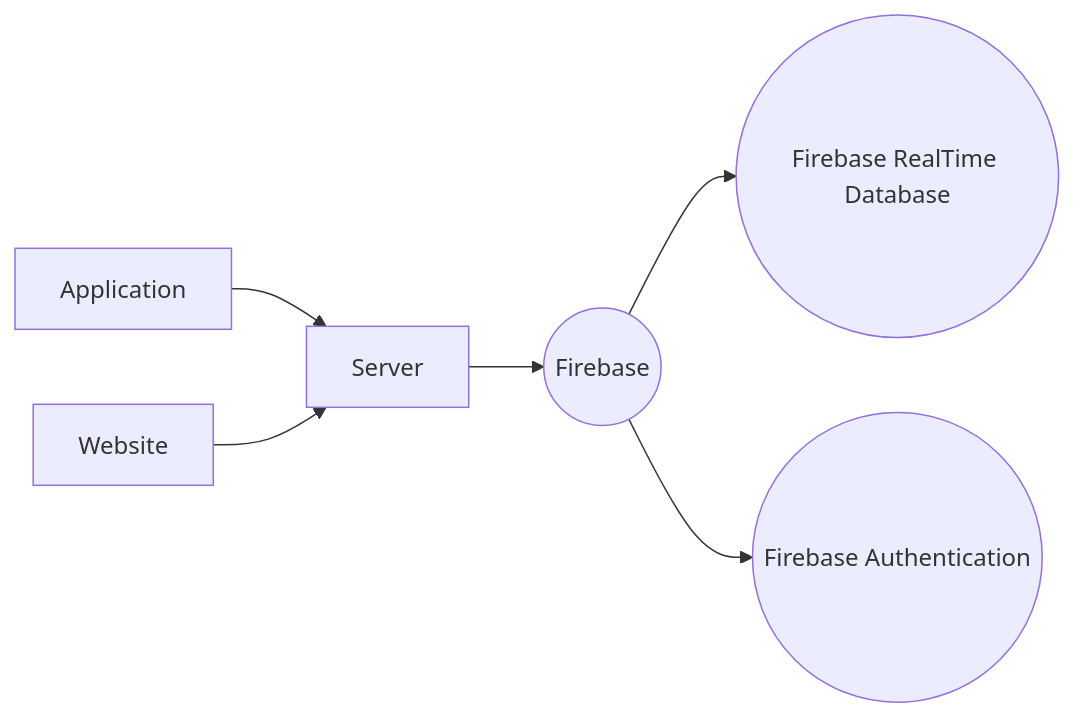
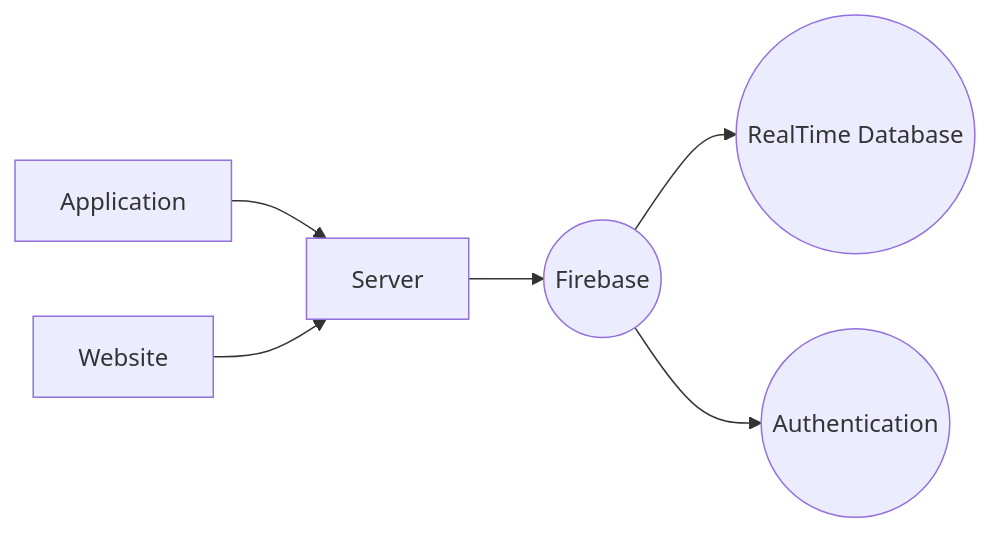
Before and after one commit to Epitech-Nantes-Tek3/AREA: the diagram in README.md, drawn with Mermaid.

Commit message:
Remove Firebase keyword

````diff
--- a/README.md
+++ b/README.md
@@ -52,8 +52,8 @@
 ```mermaid
 graph LR
 A[Application] --> C[Server]
 B[Website] --> C[Server]
 C --> D((Firebase))
-D --> E((Firebase RealTime Database))
-D --> F((Firebase Authentication))
+D --> E((RealTime Database))
+D --> F((Authentication))
 ```
````
